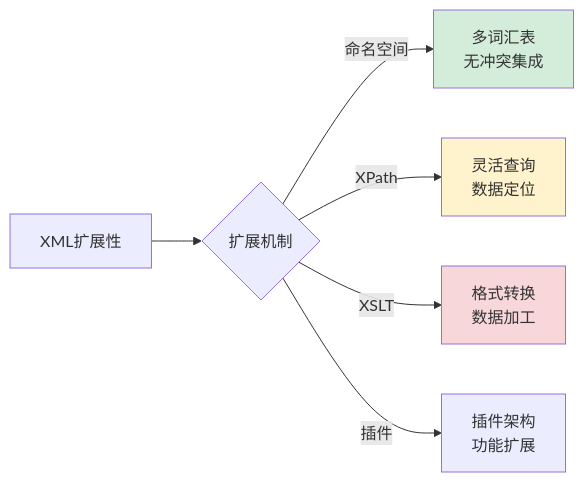
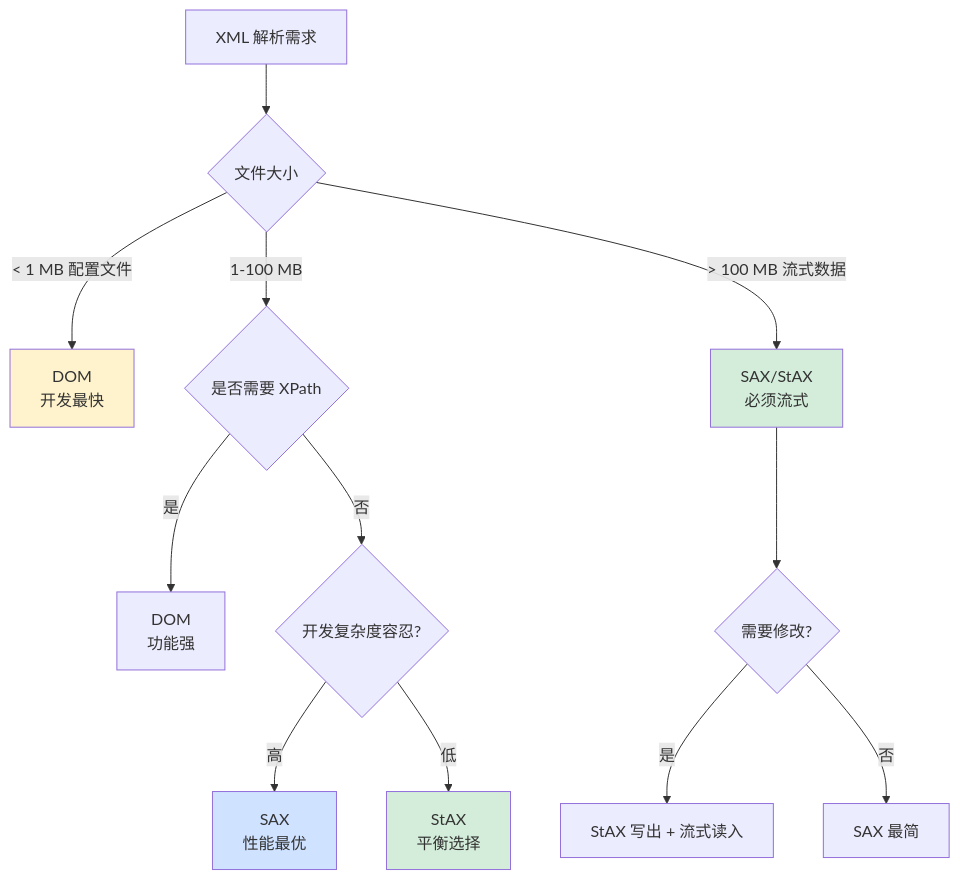
One commit to chongyang211/YCBookBlog changed diagram 18 of 21 in 00.通用技术的提升/02.程序编程原理/06.数据解析设计思想.md. Above: the diagram before and after it, drawn with Mermaid. The commit also changed other lines of this file and 5 other files, not shown here.

````diff
--- a/00.通用技术的提升/02.程序编程原理/06.数据解析设计思想.md
+++ b/00.通用技术的提升/02.程序编程原理/06.数据解析设计思想.md
@@ -2463,12 +4350,23 @@
 ```mermaid
-graph LR
-    A[XML扩展性] --> B{扩展机制}
-    B -->|命名空间| C[多词汇表<br/>无冲突集成]
-    B -->|XPath| D[灵活查询<br/>数据定位]
-    B -->|XSLT| E[格式转换<br/>数据加工]
-    B -->|插件| F[插件架构<br/>功能扩展]
+flowchart TD
+    A[XML 解析需求] --> B{文件大小}
     
-    style C fill:#d4edda
-    style D fill:#fff3cd
-    style E fill:#f8d7da
+    B -->|< 1 MB 配置文件| C[DOM<br/>开发最快]
+    B -->|1-100 MB| D{是否需要 XPath}
+    B -->|> 100 MB 流式数据| E[SAX/StAX<br/>必须流式]
+    
+    D -->|是| F[DOM<br/>功能强]
+    D -->|否| G{开发复杂度容忍?}
+    
+    G -->|高| H[SAX<br/>性能最优]
+    G -->|低| I[StAX<br/>平衡选择]
+    
+    E --> J{需要修改?}
+    J -->|是| K[StAX 写出 + 流式读入]
+    J -->|否| L[SAX 最简]
+
+    style C fill:#fff3cd
+    style E fill:#d4edda
+    style H fill:#cfe2ff
+    style I fill:#d4edda
 ```
````
